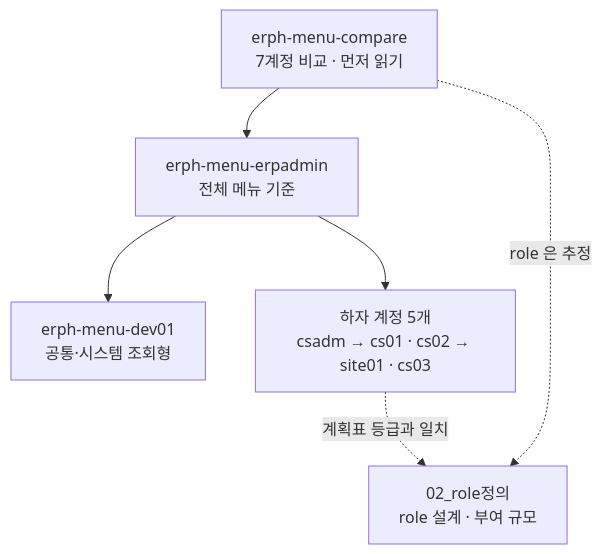
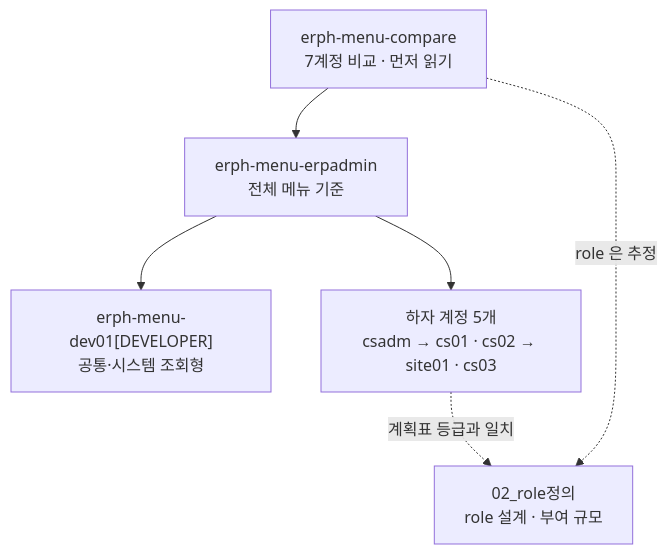
Before and after one commit to iymlm35/hmp20261116A: the diagram in works/2026/202611/20261116/claude/01_계정별메뉴/00_navigation.md, drawn with Mermaid. The commit also changed other lines of this file and 4 other files, not shown here.

````diff
--- a/works/2026/202611/20261116/claude/01_계정별메뉴/00_navigation.md
+++ b/works/2026/202611/20261116/claude/01_계정별메뉴/00_navigation.md
@@ -35,14 +36,14 @@
 ```mermaid
 flowchart TD
   C["erph-menu-compare<br/>7계정 비교 · 먼저 읽기"]
   E["erph-menu-erpadmin<br/>전체 메뉴 기준"]
-  D["erph-menu-dev01<br/>공통·시스템 조회형"]
+  D["erph-menu-dev01[DEVELOPER]<br/>공통·시스템 조회형"]
   CS["하자 계정 5개<br/>csadm → cs01 · cs02 → site01 · cs03"]
   R["02_role정의<br/>role 설계 · 부여 규모"]
 
   C --> E
   E --> D
   E --> CS
   C -.->|role 은 추정| R
   CS -.->|계획표 등급과 일치| R
 ```
````
